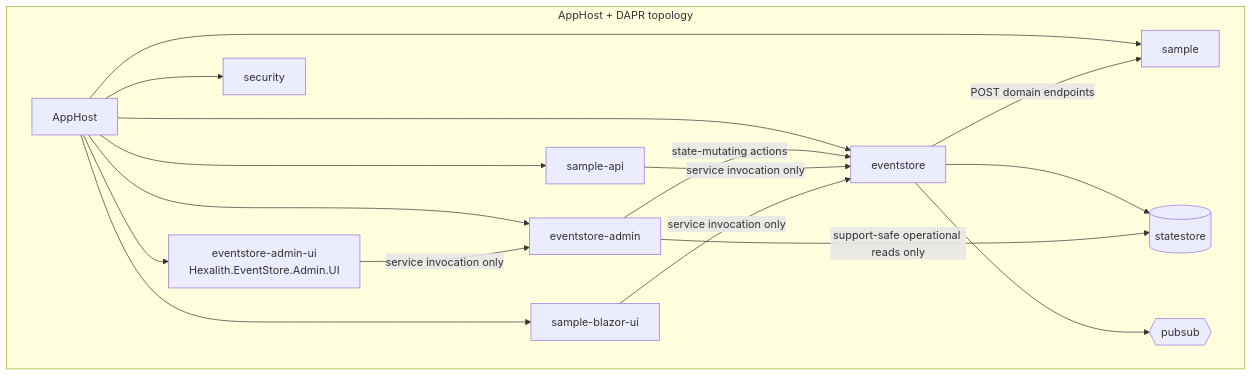
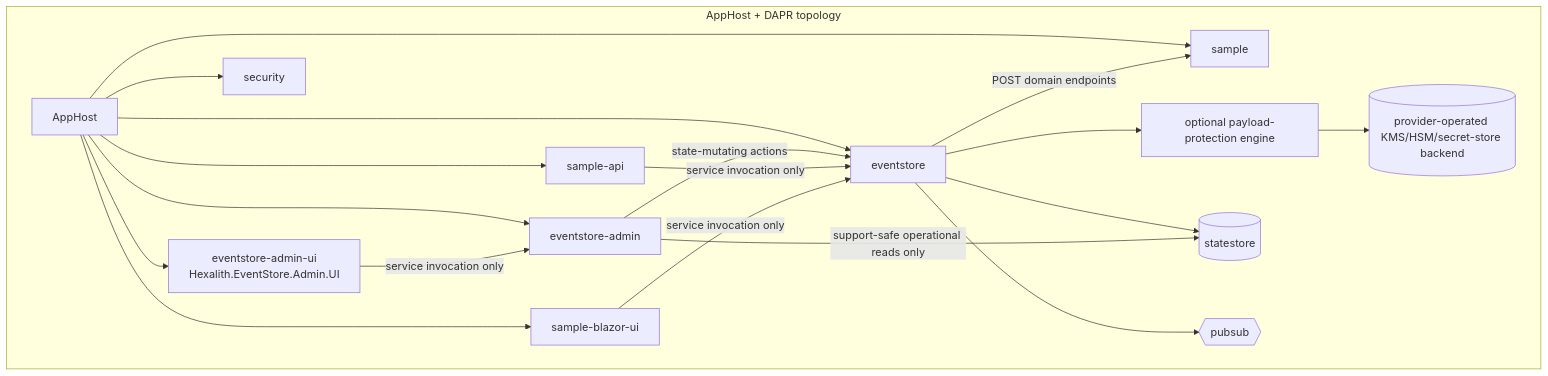
One commit to Hexalith/Hexalith.EventStore changed the third of 3 diagrams in _bmad-output/planning-artifacts/architecture.md. Above: the diagram before and after it, drawn with Mermaid. The commit also changed other lines of this file and 14 other files, not shown here.

````diff
--- a/_bmad-output/planning-artifacts/architecture.md
+++ b/_bmad-output/planning-artifacts/architecture.md
@@ -352,30 +365,34 @@
 ```mermaid
 flowchart TB
     subgraph LocalAndPublishTopology["AppHost + DAPR topology"]
         AppHost[AppHost]
         EventStore[eventstore]
         AdminServer[eventstore-admin]
         AdminUI[eventstore-admin-ui<br/>Hexalith.EventStore.Admin.UI]
         Sample[sample]
         SampleApi[sample-api]
         SampleUI[sample-blazor-ui]
         Security[security]
+        PayloadProtection[optional payload-protection engine]
+        KeyBackend[(provider-operated KMS/HSM/secret-store backend)]
         StateStore[(statestore)]
         PubSub{{pubsub}}
     end
     AppHost --> EventStore
     AppHost --> AdminServer
     AppHost --> AdminUI
     AppHost --> Sample
     AppHost --> SampleApi
     AppHost --> SampleUI
     AppHost --> Security
+    EventStore --> PayloadProtection
+    PayloadProtection --> KeyBackend
     EventStore --> StateStore
     EventStore --> PubSub
     AdminServer -->|support-safe operational reads only| StateStore
     AdminServer -->|state-mutating actions| EventStore
     SampleApi -->|service invocation only| EventStore
     SampleUI -->|service invocation only| EventStore
     AdminUI -->|service invocation only| AdminServer
     EventStore -->|POST domain endpoints| Sample
 ```
````
